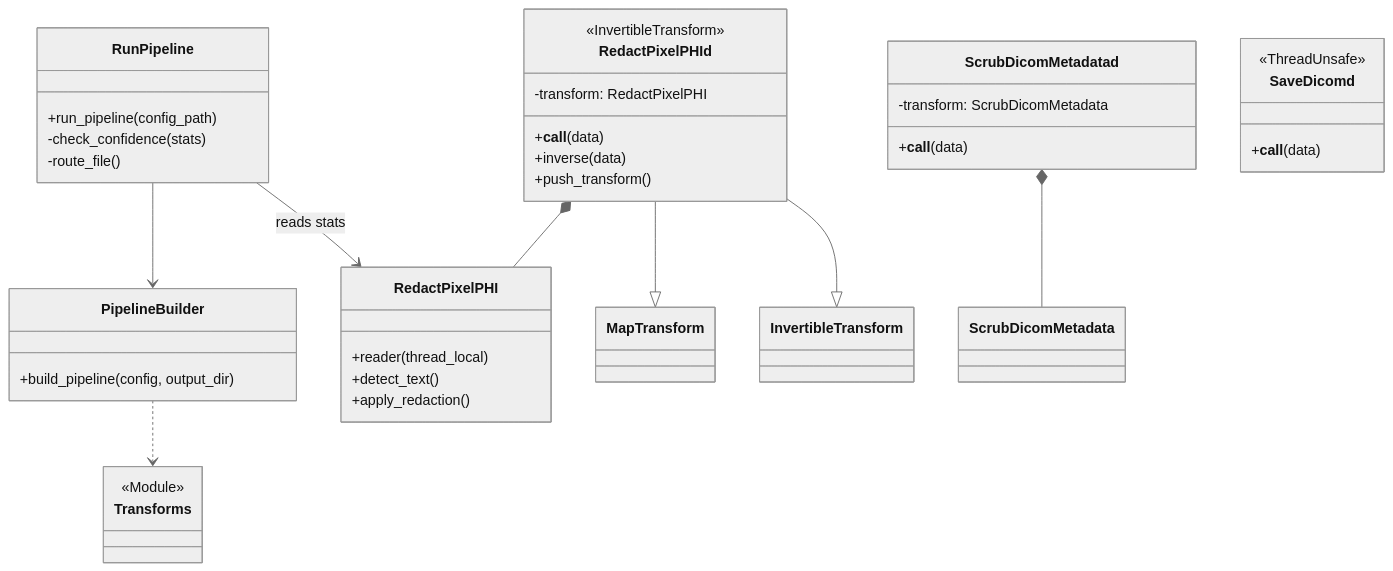
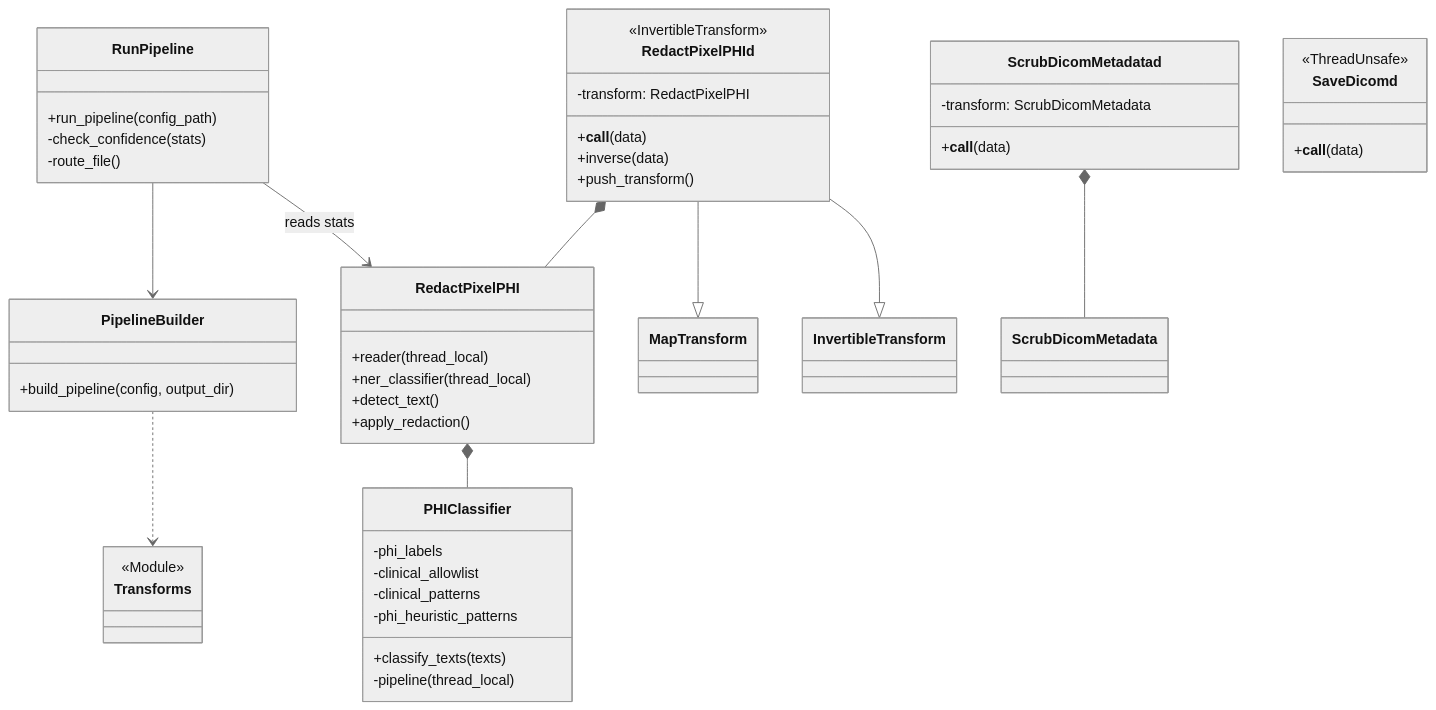
The diagram in README.md (lakshmi-mahabaleshwara/aegis), drawn with Mermaid (neutral theme) before and after one commit. The commit also changed other lines of this file and 7 other files, not shown here.

````diff
--- a/README.md
+++ b/README.md
@@ -179,49 +214,60 @@
 ```mermaid
 classDiagram
     class RunPipeline {
         +run_pipeline(config_path)
         -check_confidence(stats)
         -route_file()
     }
 
     class PipelineBuilder {
         +build_pipeline(config, output_dir)
     }
 
     class Transforms {
         <<Module>>
     }
 
     class RedactPixelPHId {
         +__call__(data)
         +inverse(data)
         +push_transform()
         -transform: RedactPixelPHI
         <<InvertibleTransform>>
     }
 
     class RedactPixelPHI {
         +reader (thread_local)
+        +ner_classifier (thread_local)
         +detect_text()
         +apply_redaction()
+    }
+
+    class PHIClassifier {
+        +classify_texts(texts)
+        -pipeline (thread_local)
+        -phi_labels
+        -clinical_allowlist
+        -clinical_patterns
+        -phi_heuristic_patterns
     }
 
     class ScrubDicomMetadatad {
         +__call__(data)
         -transform: ScrubDicomMetadata
     }
 
     class SaveDicomd {
         +__call__(data)
         <<ThreadUnsafe>>
     }
 
     RunPipeline --> PipelineBuilder
     PipelineBuilder ..> Transforms
     RunPipeline --> RedactPixelPHI : reads stats
 
     RedactPixelPHId *-- RedactPixelPHI
+    RedactPixelPHI *-- PHIClassifier
     RedactPixelPHId --|> MapTransform
     RedactPixelPHId --|> InvertibleTransform
     ScrubDicomMetadatad *-- ScrubDicomMetadata
 ```
````
